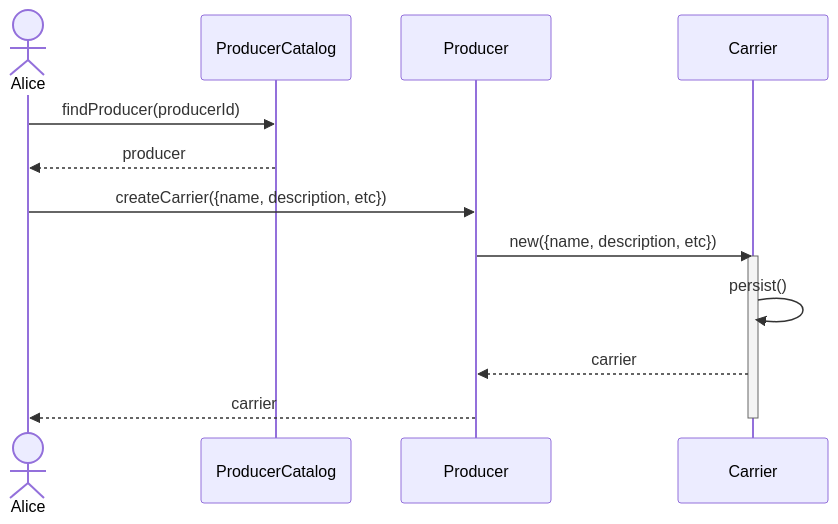
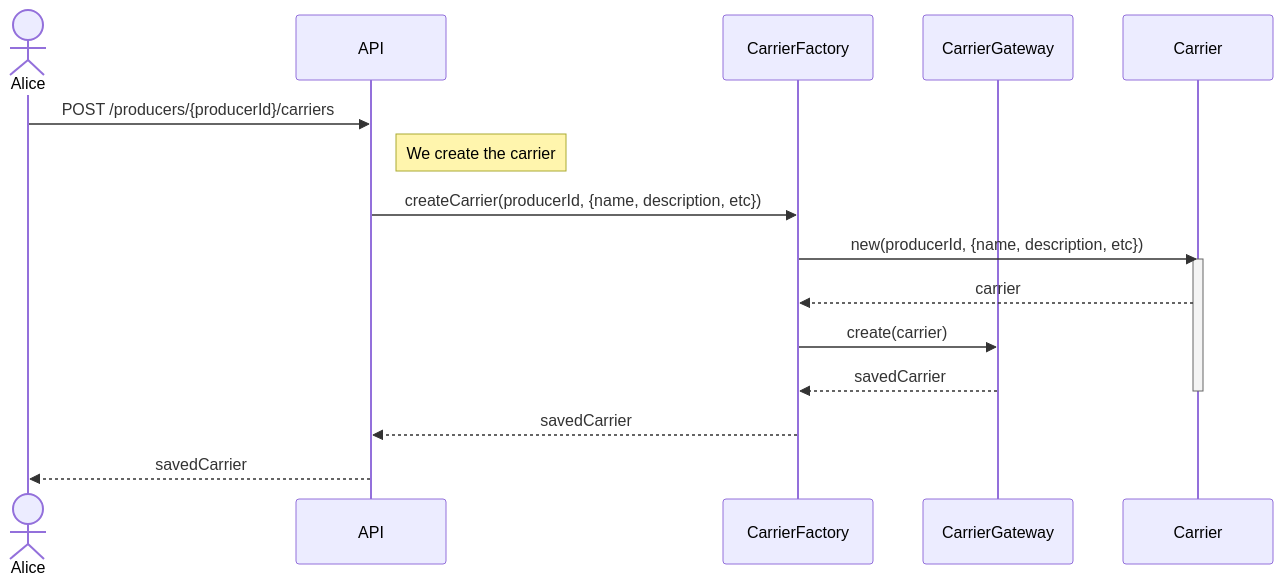
Before and after one commit to hivetown/planning: diagram 28 of 32 in sequence.md, drawn with Mermaid. The commit also changed other lines of this file, not shown here.

Commit message:
diagramas de sequência

````diff
--- a/sequence.md
+++ b/sequence.md
@@ -908,21 +929,23 @@
 ```mermaid
 sequenceDiagram
     actor A as Alice
-    participant PC as ProducerCatalog
-    participant P as Producer
+    participant API as API
+    participant CF as CarrierFactory
+    participant CG as CarrierGateway
     participant C as Carrier
 
-    A ->> PC: findProducer(producerId)
-    PC -->> A: producer
+    A ->> API: POST /producers/{producerId}/carriers
 
-    A ->> P: createCarrier({name, description, etc})
-    P ->> C: new({name, description, etc})
+    Note right of API: We create the carrier
+    API ->> CF: createCarrier(producerId, {name, description, etc})
+    CF ->> C: new(producerId, {name, description, etc})
     activate C
+    C -->> CF: carrier
 
-    C ->> C: persist()
+    CF ->> CG: create(carrier)
+    CG -->> CF: savedCarrier
+    deactivate C
+    CF -->> API: savedCarrier
 
-    C -->> P: carrier
-
-    P -->> A: carrier
-    deactivate C
+    API -->> A: savedCarrier
 ```
````
